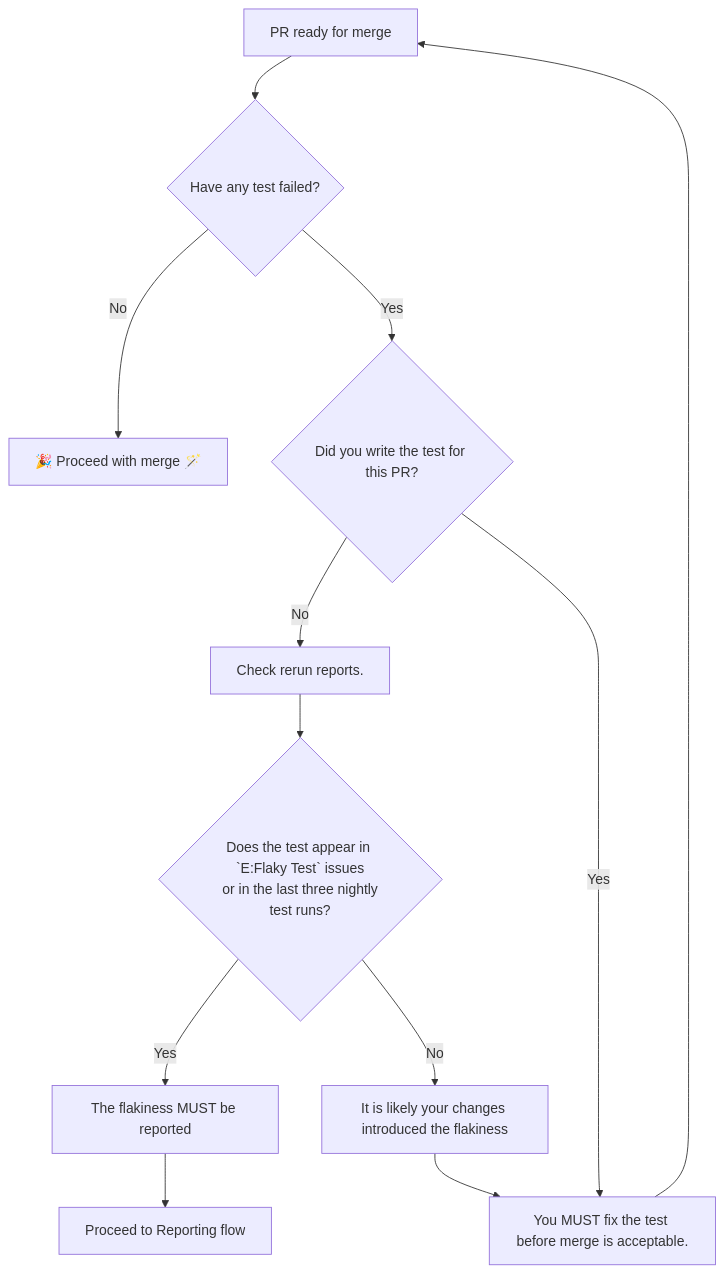
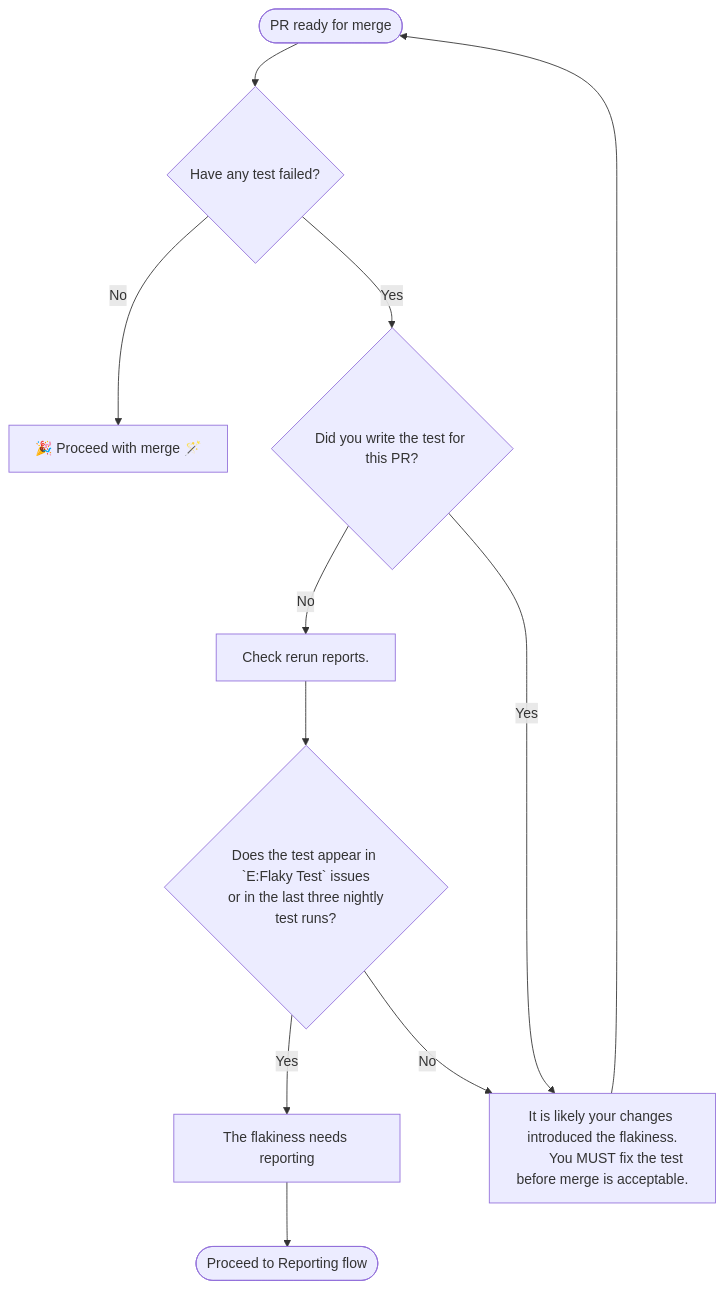
The first of 2 diagrams in _docs/policies/tests.md (status-im/status-go), drawn with Mermaid before and after one commit. The commit also changed other lines of this file, not shown here.

Commit message:
Fixed weird flow quirks

````diff
--- a/_docs/policies/tests.md
+++ b/_docs/policies/tests.md
@@ -38,14 +38,16 @@
 ```mermaid
 flowchart TB
-    A[PR ready for merge] --> B{Have any test failed?}
+    A([PR ready for merge]) --> B{Have any test failed?}
     B -->|No| C[🎉 Proceed with merge 🪄]
     B -->|Yes| D{Did you write the test for this PR?}
     D -->|No| E[Check rerun reports.]
-    D -->|Yes| F[You MUST fix the test before merge is acceptable.]
+    D -->|Yes| F[
+        It is likely your changes introduced the flakiness.
+        You MUST fix the test before merge is acceptable.
+    ]
     F --> A
     E --> G{Does the test appear in `E:Flaky Test` issues<br/> or in the last three nightly test runs?<br/>}
-    G -->|Yes| I[The flakiness MUST be reported]
-    G -->|No| H[It is likely your changes introduced the flakiness]
-    H --> F
-    I --> J[Proceed to Reporting flow]
+    G -->|Yes| I[The flakiness needs reporting]
+    G -->|No| F
+    I --> J([Proceed to Reporting flow])
 ```
````
